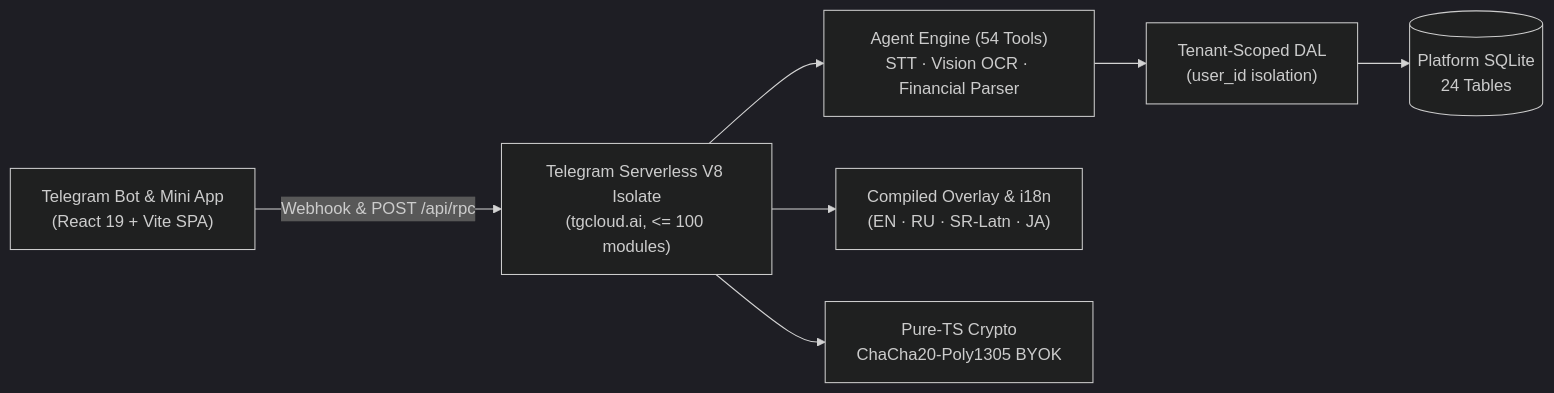
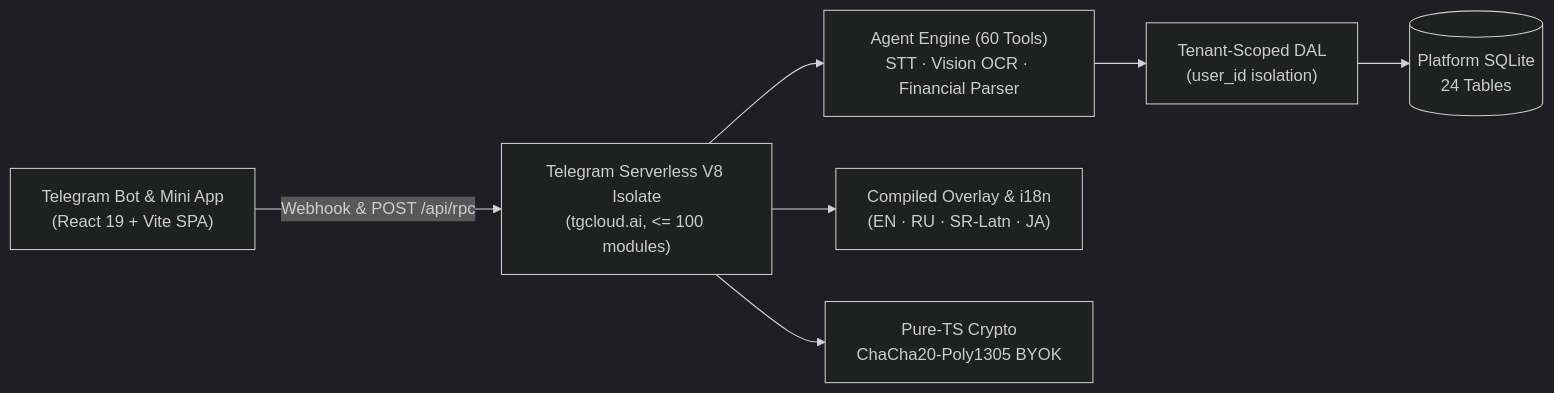
The diagram in README.md (ValDagon/tokio), drawn with Mermaid (dark theme) before and after one commit. The commit also changed other lines of this file and 70 other files, not shown here.

````diff
--- a/README.md
+++ b/README.md
@@ -22,9 +22,9 @@
 ```mermaid
 flowchart LR
   TG["Telegram Bot & Mini App<br/>(React 19 + Vite SPA)"] -->|Webhook & POST /api/rpc| ISO["Telegram Serverless V8 Isolate<br/>(tgcloud.ai, <= 100 modules)"]
-  ISO --> AGENT["Agent Engine (54 Tools)<br/>STT · Vision OCR · Financial Parser"]
+  ISO --> AGENT["Agent Engine (60 Tools)<br/>STT · Vision OCR · Financial Parser"]
   ISO --> OVERLAY["Compiled Overlay & i18n<br/>(EN · RU · SR-Latn · JA)"]
   ISO --> CRYPTO["Pure-TS Crypto<br/>ChaCha20-Poly1305 BYOK"]
   AGENT --> DAL["Tenant-Scoped DAL<br/>(user_id isolation)"]
   DAL --> DB[("Platform SQLite<br/>24 Tables")]
 ```
````
